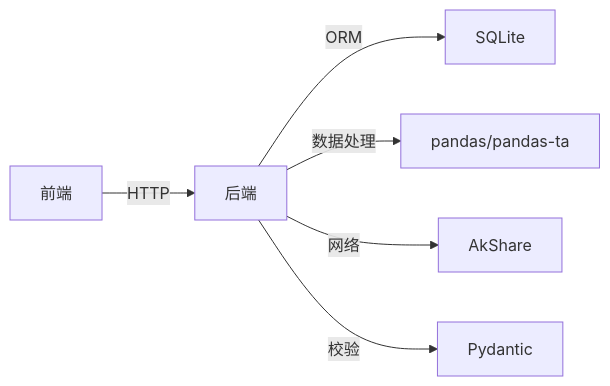
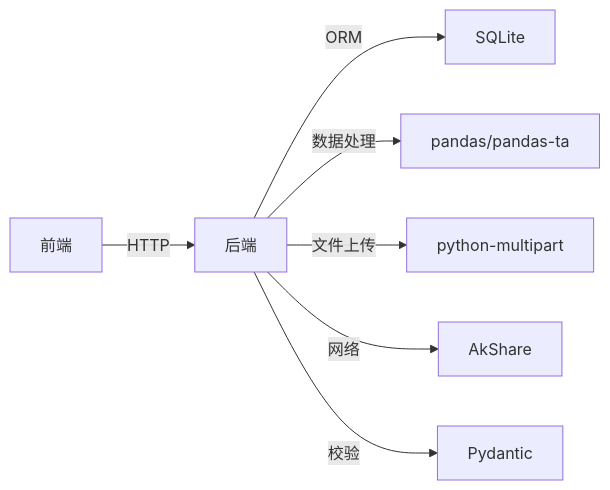
Before and after one commit to Moruime/stock_foker: the eighth of 8 diagrams in .qoder/repowiki/zh/content/核心功能/交易记录管理.md, drawn with Mermaid. The commit also changed other lines of this file and 52 other files, not shown here.

````diff
--- a/.qoder/repowiki/zh/content/核心功能/交易记录管理.md
+++ b/.qoder/repowiki/zh/content/核心功能/交易记录管理.md
@@ -359,8 +365,9 @@
 ```mermaid
 graph LR
 FE["前端"] --> |HTTP| BE["后端"]
 BE --> |ORM| DB["SQLite"]
 BE --> |数据处理| PD["pandas/pandas-ta"]
+BE --> |文件上传| PM["python-multipart"]
 BE --> |网络| AS["AkShare"]
 BE --> |校验| PY["Pydantic"]
 ```
````
